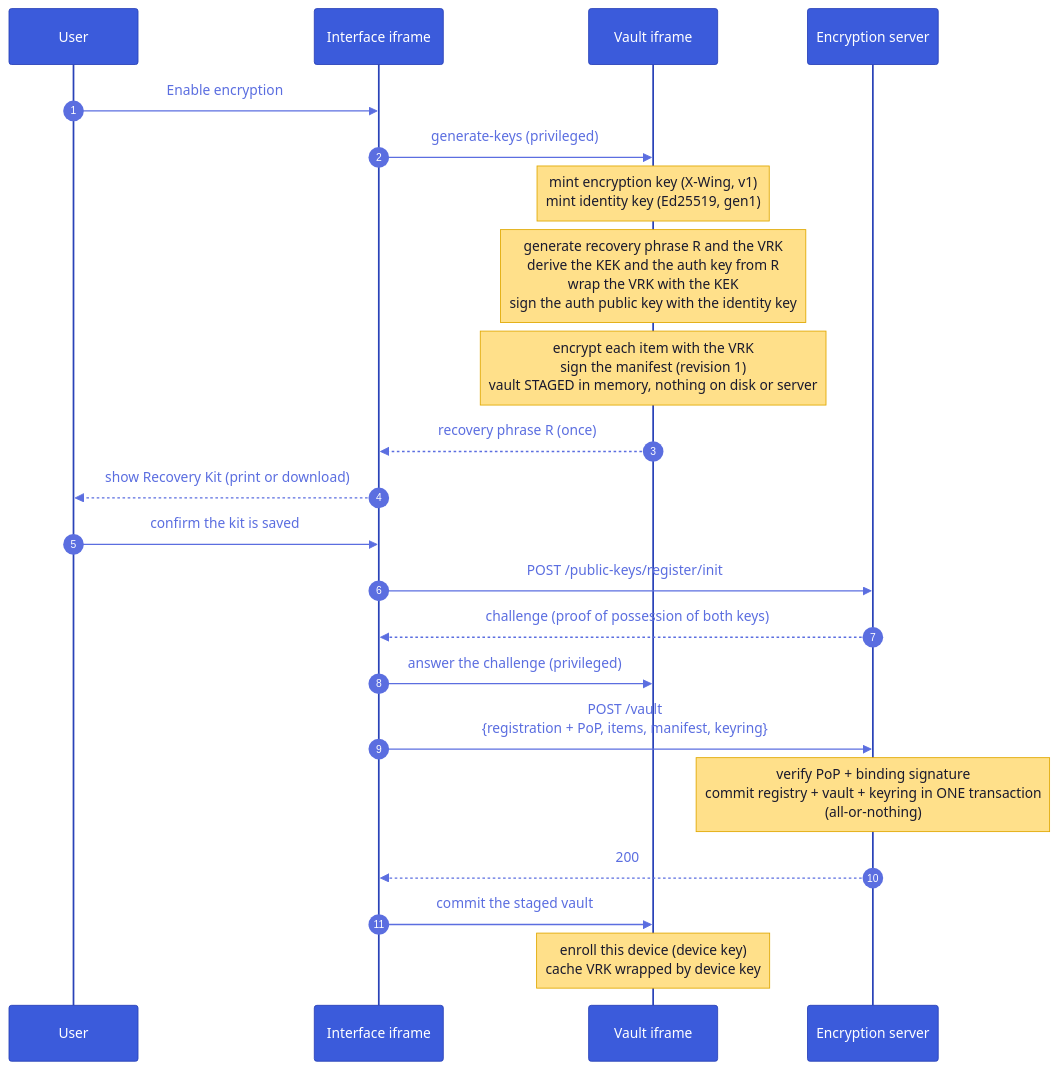
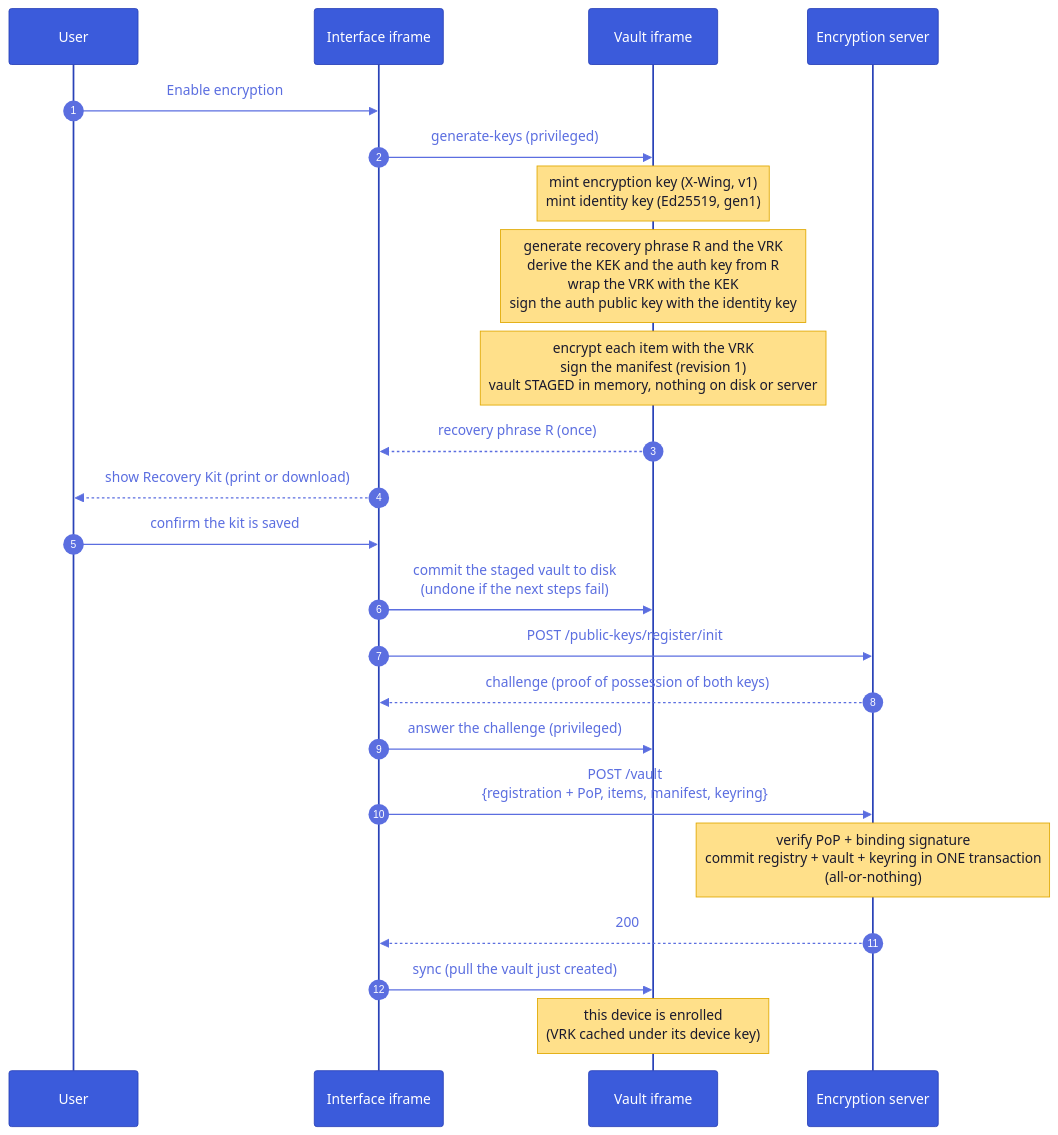
The tenth of 23 diagrams in architecture.md (suitenumerique/encryption), drawn with Mermaid before and after one commit. The commit also changed other lines of this file and 12 other files, not shown here.

````diff
--- a/architecture.md
+++ b/architecture.md
@@ -894,25 +926,26 @@
 ```mermaid
-%%{init: {'theme':'base','themeVariables':{'actorBkg':'#3b5bdb','actorTextColor':'#fff','actorBorder':'#2942b8','signalColor':'#5b6ee0','signalTextColor':'#5b6ee0','noteBkgColor':'#ffe08a','noteTextColor':'#1a1a2e','noteBorderColor':'#e0a800','sequenceNumberColor':'#fff'}}}%%
+%%{init: {'theme':'base','look':'classic','themeVariables':{'actorBkg':'#3b5bdb','actorTextColor':'#fff','actorBorder':'#2942b8','signalColor':'#5b6ee0','signalTextColor':'#5b6ee0','noteBkgColor':'#ffe08a','noteTextColor':'#1a1a2e','noteBorderColor':'#e0a800','sequenceNumberColor':'#fff'}}}%%
 sequenceDiagram
   autonumber
   participant U as User
   participant UI as Interface iframe
   participant V as Vault iframe
   participant API as Encryption server
   U->>UI: Enable encryption
   UI->>V: generate-keys (privileged)
   Note over V: mint encryption key (X-Wing, v1)<br/>mint identity key (Ed25519, gen1)
   Note over V: generate recovery phrase R and the VRK<br/>derive the KEK and the auth key from R<br/>wrap the VRK with the KEK<br/>sign the auth public key with the identity key
   Note over V: encrypt each item with the VRK<br/>sign the manifest (revision 1)<br/>vault STAGED in memory, nothing on disk or server
   V-->>UI: recovery phrase R (once)
   UI-->>U: show Recovery Kit (print or download)
   U->>UI: confirm the kit is saved
+  UI->>V: commit the staged vault to disk<br/>(undone if the next steps fail)
   UI->>API: POST /public-keys/register/init
   API-->>UI: challenge (proof of possession of both keys)
   UI->>V: answer the challenge (privileged)
   UI->>API: POST /vault<br/>{registration + PoP, items, manifest, keyring}
   Note over API: verify PoP + binding signature<br/>commit registry + vault + keyring in ONE transaction<br/>(all-or-nothing)
   API-->>UI: 200
-  UI->>V: commit the staged vault
-  Note over V: enroll this device (device key)<br/>cache VRK wrapped by device key
+  UI->>V: sync (pull the vault just created)
+  Note over V: this device is enrolled<br/>(VRK cached under its device key)
 ```
````
